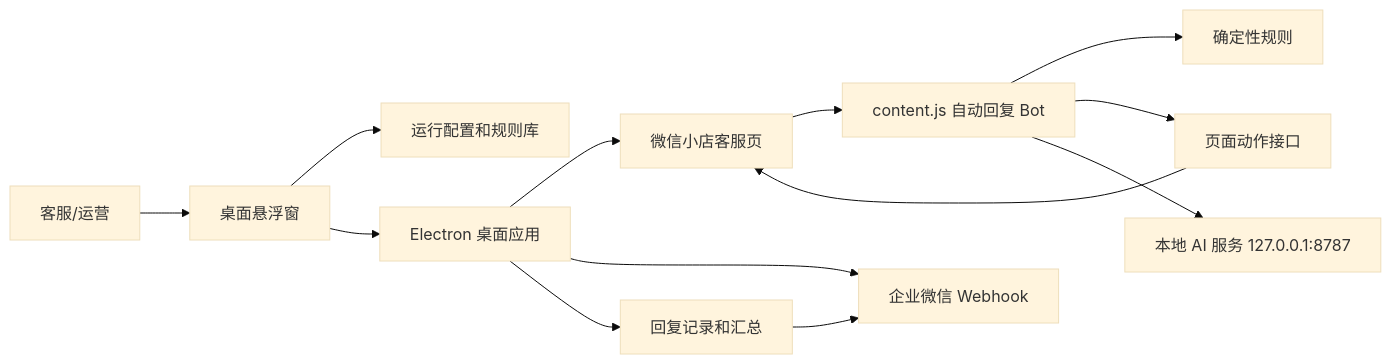
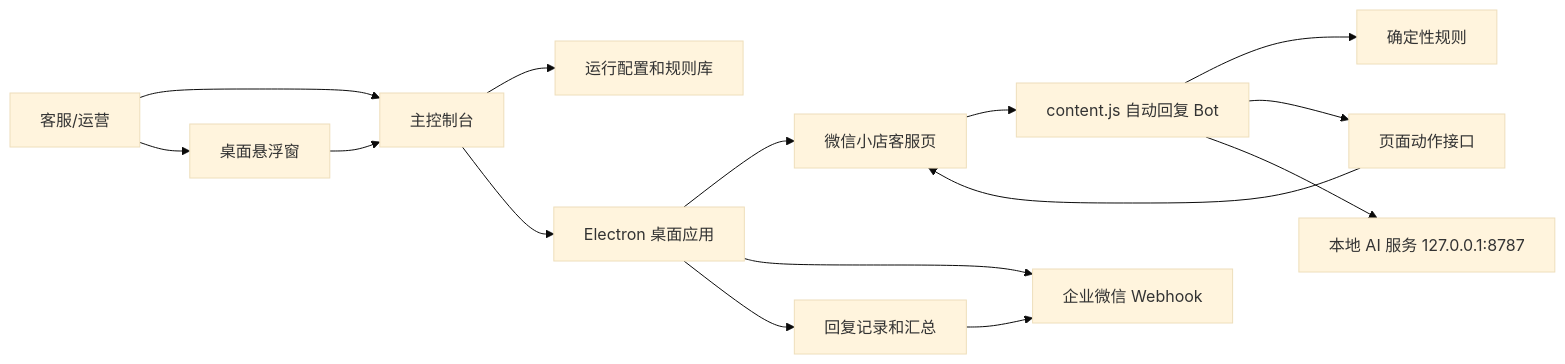
Before and after one commit to JahanHe/wechat-autoreply: the first of 3 diagrams in docs/rich-user-guide.md, drawn with Mermaid (base theme). The commit also changed other lines of this file and 11 other files, not shown here.

````diff
--- a/docs/rich-user-guide.md
+++ b/docs/rich-user-guide.md
@@ -42,15 +42,17 @@
 ```mermaid
 flowchart LR
-  User["客服/运营"] --> Float["桌面悬浮窗"]
-  Float --> Config["运行配置和规则库"]
-  Float --> App["Electron 桌面应用"]
+  User["客服/运营"] --> Console["主控制台"]
+  User --> Float["桌面悬浮窗"]
+  Console --> Config["运行配置和规则库"]
+  Float --> Console
+  Console --> App["Electron 桌面应用"]
   App --> Page["微信小店客服页"]
   Page --> Bot["content.js 自动回复 Bot"]
   Bot --> Rules["确定性规则"]
   Bot --> Actions["页面动作接口"]
   Bot --> AI["本地 AI 服务 127.0.0.1:8787"]
   Actions --> Page
   App --> Notify["企业微信 Webhook"]
   App --> Records["回复记录和汇总"]
   Records --> Notify
 ```
````
